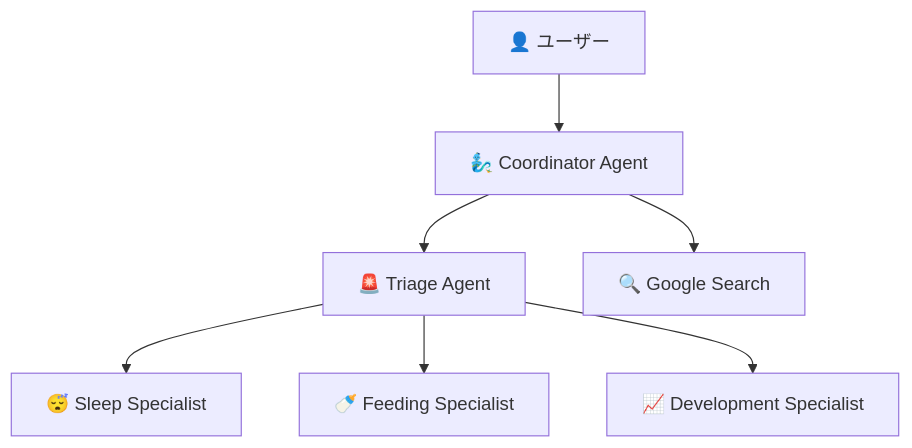
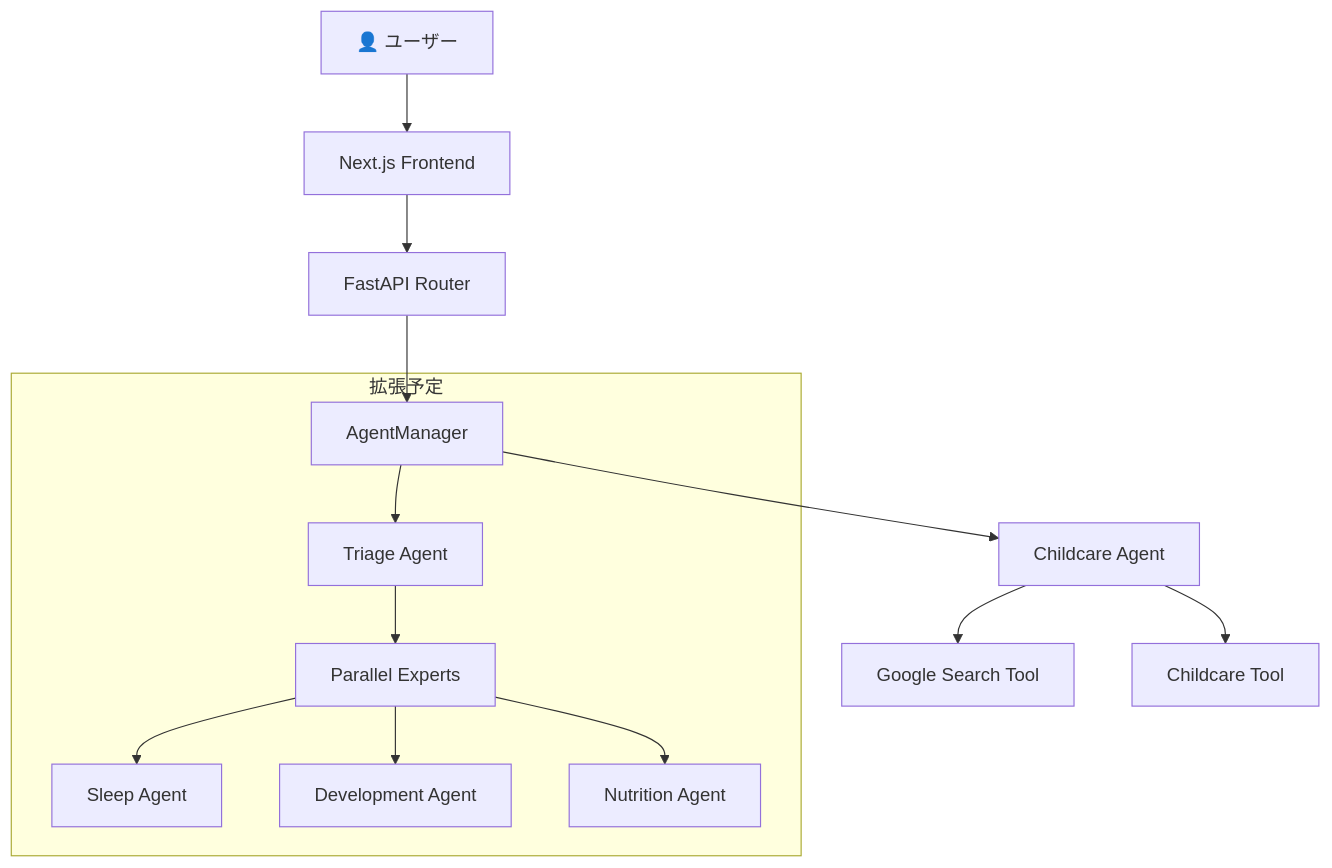
One commit to shu-nagaoka/GenieUs changed the diagram in README.md. Above: the diagram before and after it, drawn with Mermaid. The commit also changed other lines of this file, not shown here.

````diff
--- a/README.md
+++ b/README.md
@@ -86,9 +86,17 @@
 ```mermaid
 graph TD
-    User[👤 ユーザー] --> Coordinator[🧞‍♂️ Coordinator Agent]
-    Coordinator --> Triage[🚨 Triage Agent]
-    Triage --> Sleep[😴 Sleep Specialist]
-    Triage --> Feeding[🍼 Feeding Specialist]
-    Triage --> Development[📈 Development Specialist]
-    Coordinator --> Search[🔍 Google Search]
+    User[👤 ユーザー] --> FE[Next.js Frontend]
+    FE --> API[FastAPI Router]
+    API --> AM[AgentManager]
+    AM --> CA[Childcare Agent]
+    CA --> GT[Google Search Tool]
+    CA --> CT[Childcare Tool]
+    
+    subgraph "拡張予定"
+        AM --> TA[Triage Agent]
+        TA --> PE[Parallel Experts]
+        PE --> SA[Sleep Agent]
+        PE --> DA[Development Agent]
+        PE --> NA[Nutrition Agent]
+    end
 ```
````
